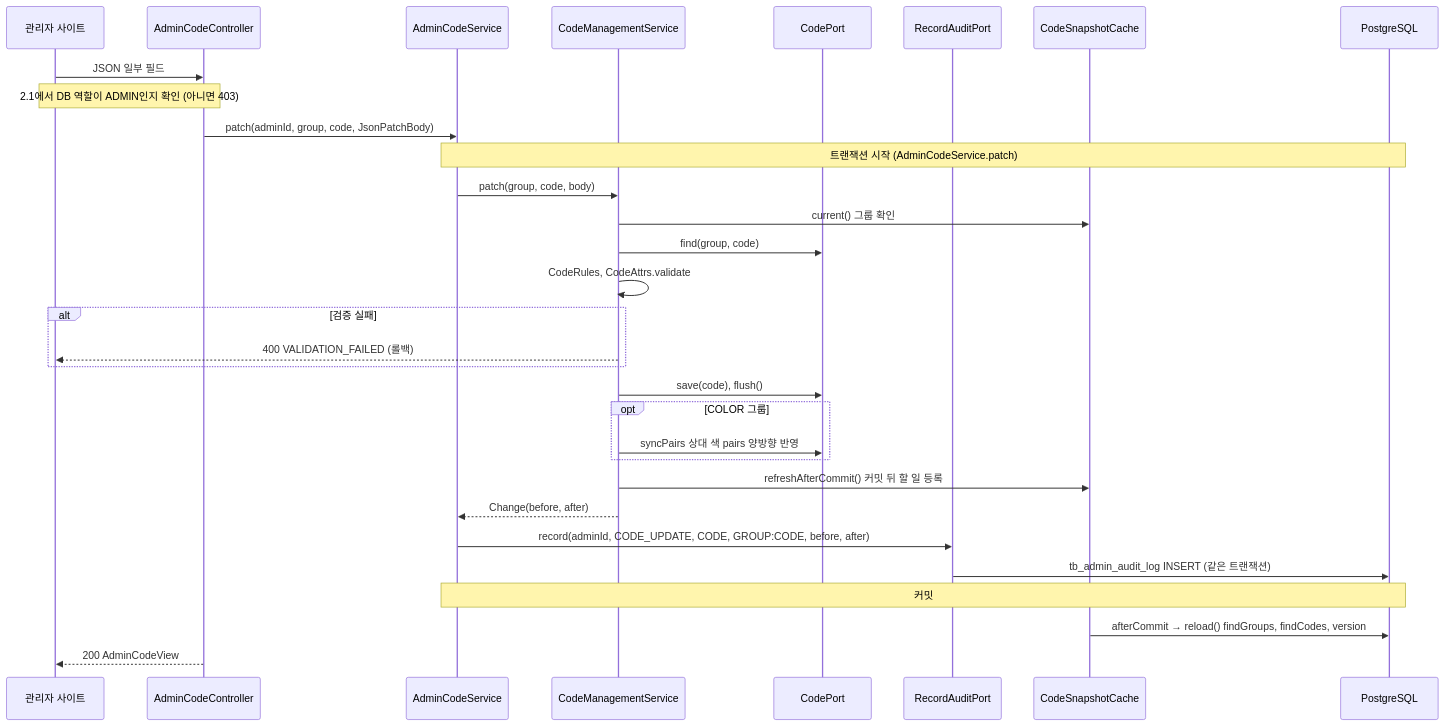
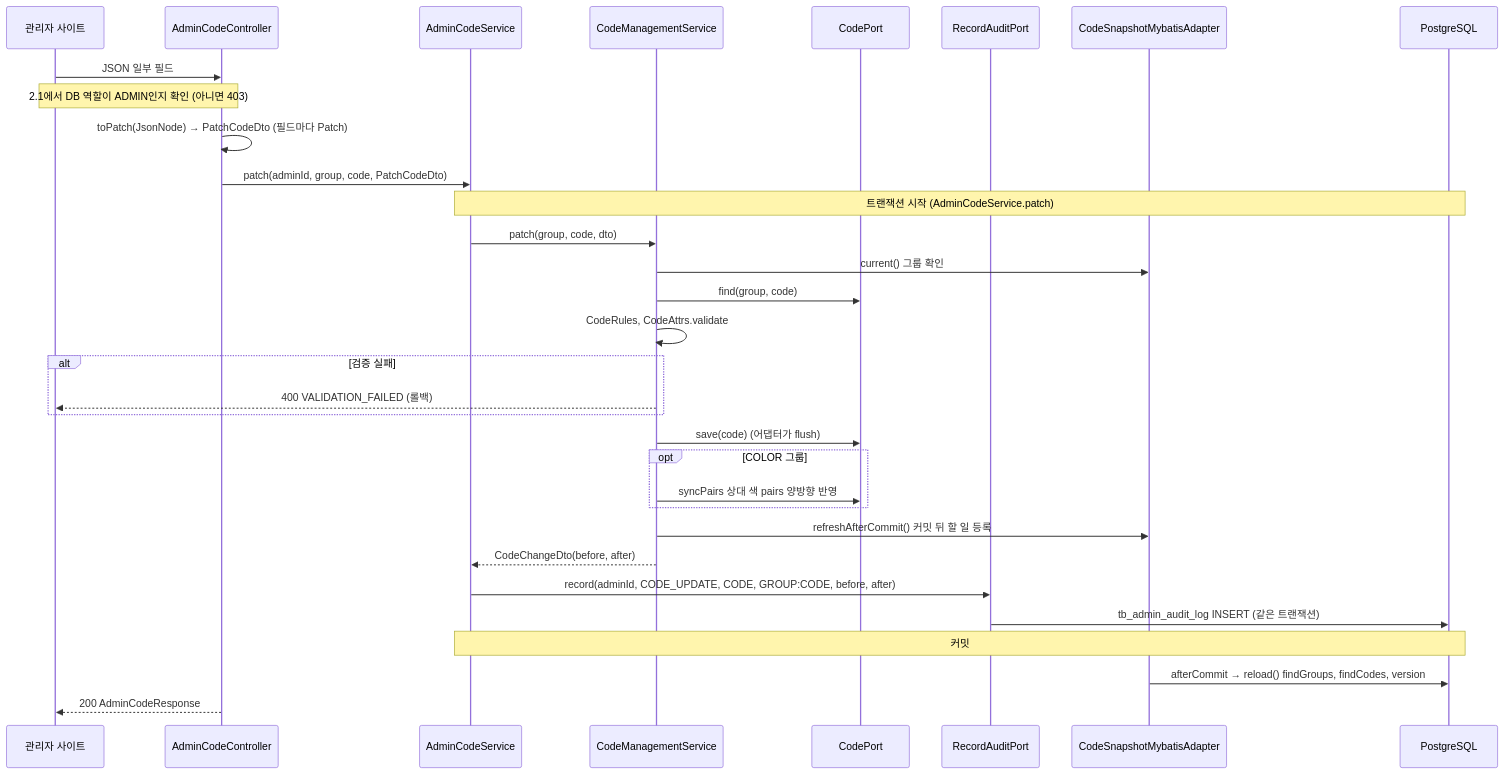
Before and after one commit to showzone83/wearly: the ninth of 10 diagrams in doc/10_백엔드_흐름.md, drawn with Mermaid. The commit also changed other lines of this file and 2 other files, not shown here.

````diff
--- a/doc/10_백엔드_흐름.md
+++ b/doc/10_백엔드_흐름.md
@@ -535,34 +557,35 @@
 ```mermaid
 sequenceDiagram
   participant A as 관리자 사이트
   participant AC as AdminCodeController
   participant AS as AdminCodeService
   participant CM as CodeManagementService
   participant CP as CodePort
   participant AU as RecordAuditPort
-  participant SC as CodeSnapshotCache
+  participant SC as CodeSnapshotMybatisAdapter
   participant DB as PostgreSQL
 
   A->>AC: JSON 일부 필드
   Note over A,AC: 2.1에서 DB 역할이 ADMIN인지 확인 (아니면 403)
-  AC->>AS: patch(adminId, group, code, JsonPatchBody)
+  AC->>AC: toPatch(JsonNode) → PatchCodeDto (필드마다 Patch)
+  AC->>AS: patch(adminId, group, code, PatchCodeDto)
   Note over AS,DB: 트랜잭션 시작 (AdminCodeService.patch)
-  AS->>CM: patch(group, code, body)
+  AS->>CM: patch(group, code, dto)
   CM->>SC: current() 그룹 확인
   CM->>CP: find(group, code)
   CM->>CM: CodeRules, CodeAttrs.validate
   alt 검증 실패
     CM-->>A: 400 VALIDATION_FAILED (롤백)
   end
-  CM->>CP: save(code), flush()
+  CM->>CP: save(code) (어댑터가 flush)
   opt COLOR 그룹
     CM->>CP: syncPairs 상대 색 pairs 양방향 반영
   end
   CM->>SC: refreshAfterCommit() 커밋 뒤 할 일 등록
-  CM-->>AS: Change(before, after)
+  CM-->>AS: CodeChangeDto(before, after)
   AS->>AU: record(adminId, CODE_UPDATE, CODE, GROUP:CODE, before, after)
   AU->>DB: tb_admin_audit_log INSERT (같은 트랜잭션)
   Note over AS,DB: 커밋
   SC->>DB: afterCommit → reload() findGroups, findCodes, version
-  AC-->>A: 200 AdminCodeView
+  AC-->>A: 200 AdminCodeResponse
 ```
````
